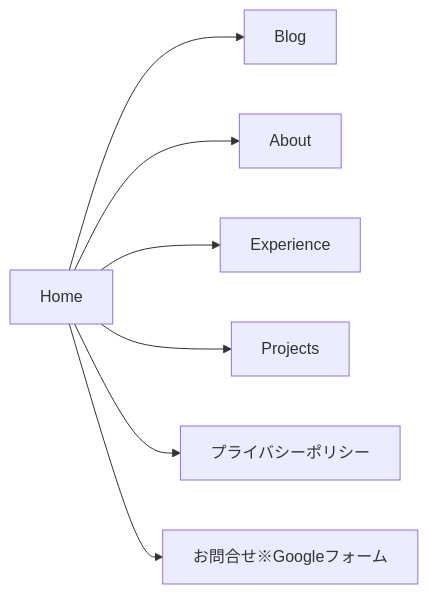
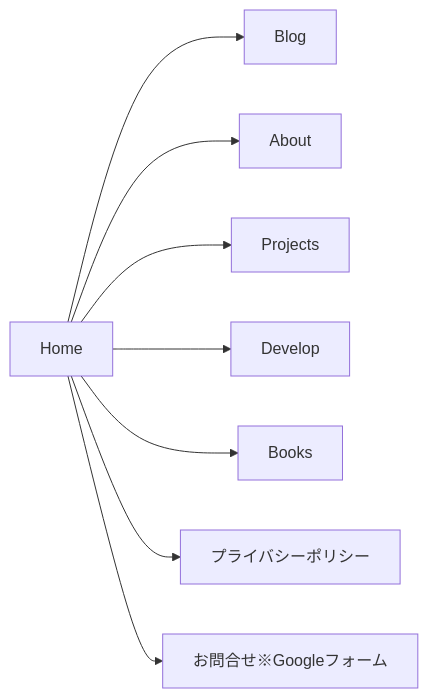
The second of 2 diagrams in README.md (morimorig3/my-site-v3), drawn with Mermaid before and after one commit. The commit also changed other lines of this file, not shown here.

````diff
--- a/README.md
+++ b/README.md
@@ -57,10 +56,11 @@
 ```mermaid
 graph LR
 
 Home-->Blog
 Home-->About
-Home-->Experience
 Home-->Projects
+Home-->Develop
+Home-->Books
 Home-->プライバシーポリシー
 Home-->お問合せ["お問合せ※Googleフォーム"]
 ```
````
